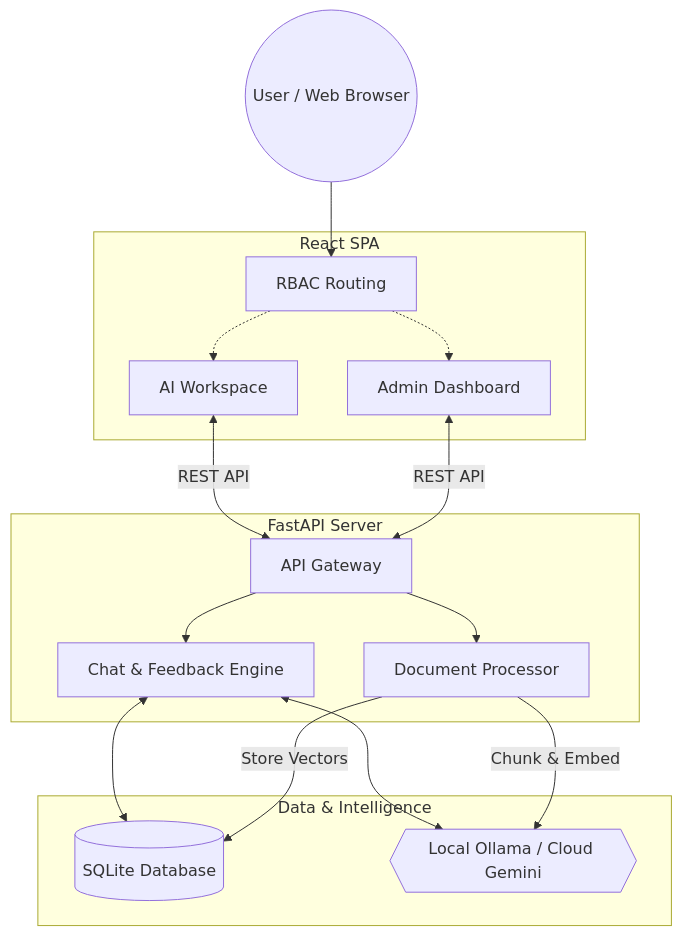
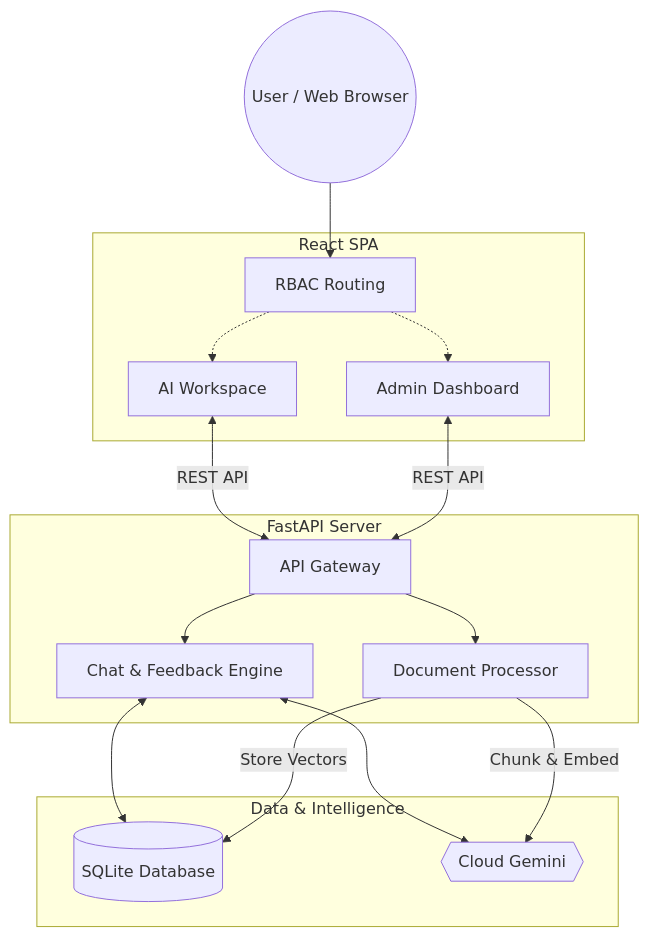
Before and after one commit to vikaskrsingh/Impact10X: the diagram in DOCUMENTATION.md, drawn with Mermaid. The commit also changed 15 other files, not shown here.

Commit message:
feat: implement RAG pipeline with Gemini embeddings and add Mermaid-supported Markdown rendering to the frontend.

````diff
--- a/DOCUMENTATION.md
+++ b/DOCUMENTATION.md
@@ -9,36 +9,36 @@
 ```mermaid
 flowchart TB
     Client((User / Web Browser))
 
     subgraph Frontend [React SPA]
         Router[RBAC Routing]
         Workspace[AI Workspace]
         Dashboard[Admin Dashboard]
     end
 
     Client --> Router
     Router -.-> Workspace
     Router -.-> Dashboard
 
     subgraph Backend [FastAPI Server]
         API[API Gateway]
         ChatLogic[Chat & Feedback Engine]
         DocProcessor[Document Processor]
     end
 
     Workspace <-->|REST API| API
     Dashboard <-->|REST API| API
 
     API --> ChatLogic
     API --> DocProcessor
 
     subgraph Storage & AI [Data & Intelligence]
         DB[(SQLite Database)]
-        LLM{{Local Ollama / Cloud Gemini}}
+        LLM{{Cloud Gemini}}
     end
 
     ChatLogic <--> DB
     ChatLogic <--> LLM
     DocProcessor -->|Chunk & Embed| LLM
     DocProcessor -->|Store Vectors| DB
 ```
````
